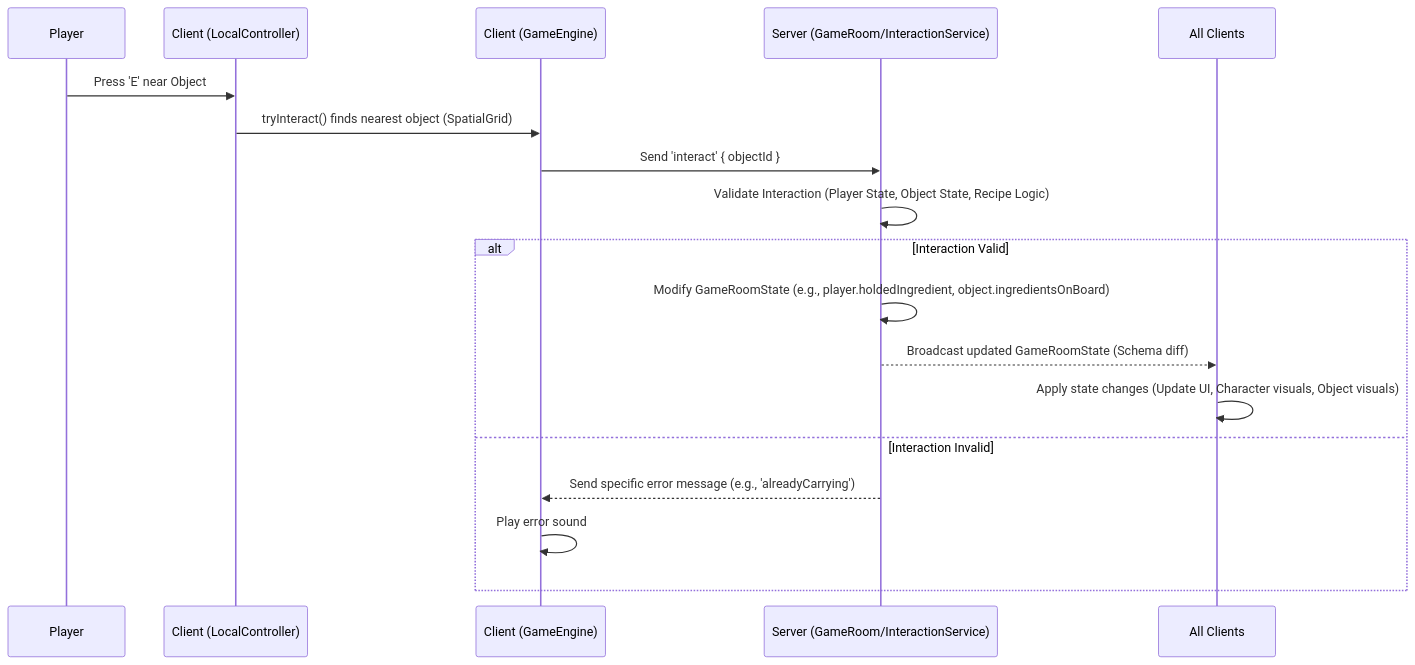
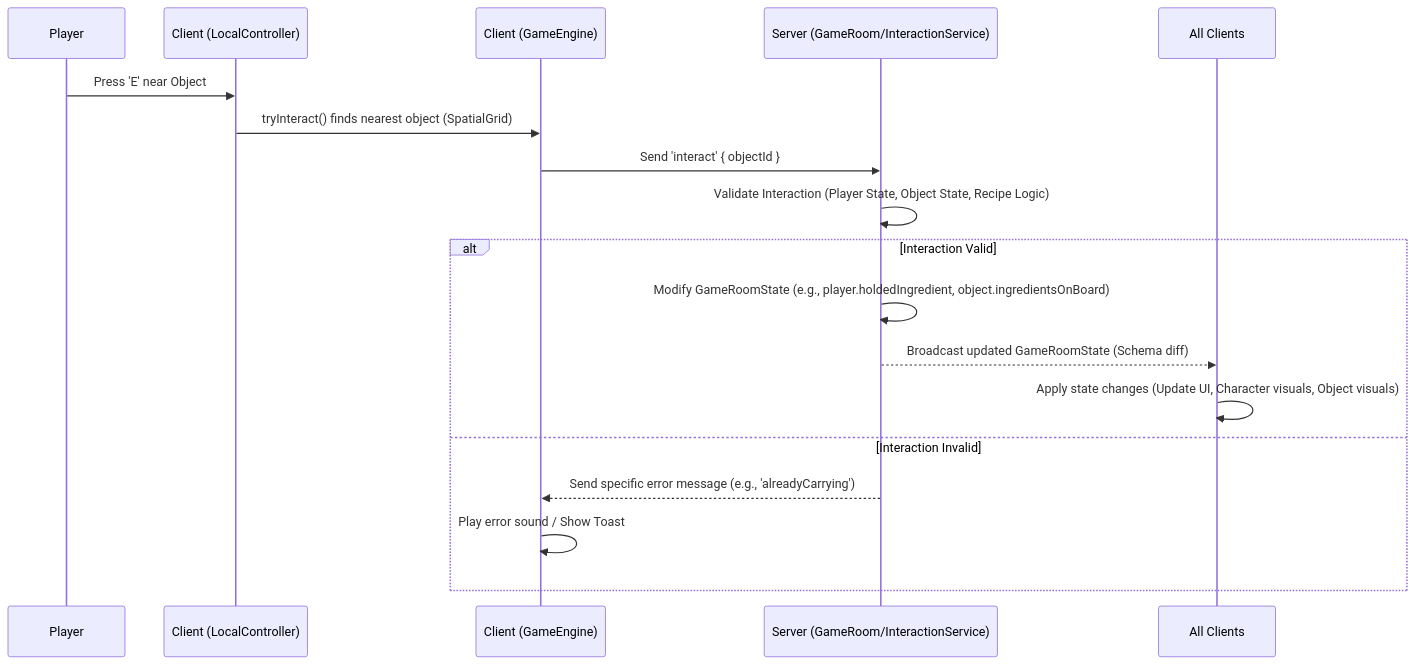
Before and after one commit to TriForMine/Delixia: the second of 3 diagrams in README.md, drawn with Mermaid. The commit also changed other lines of this file, not shown here.

````diff
--- a/README.md
+++ b/README.md
@@ -126,21 +138,21 @@
     ```mermaid
     sequenceDiagram
         participant Player
         participant Client (LocalController)
         participant Client (GameEngine)
         participant Server (GameRoom/InteractionService)
         participant All Clients
 
         Player->>Client (LocalController): Press 'E' near Object
         Client (LocalController)->>Client (GameEngine): tryInteract() finds nearest object (SpatialGrid)
         Client (GameEngine)->>Server (GameRoom/InteractionService): Send 'interact' { objectId }
         Server (GameRoom/InteractionService)->>Server (GameRoom/InteractionService): Validate Interaction (Player State, Object State, Recipe Logic)
         alt Interaction Valid
             Server (GameRoom/InteractionService)->>Server (GameRoom/InteractionService): Modify GameRoomState (e.g., player.holdedIngredient, object.ingredientsOnBoard)
             Server (GameRoom/InteractionService)-->>All Clients: Broadcast updated GameRoomState (Schema diff)
             All Clients->>All Clients: Apply state changes (Update UI, Character visuals, Object visuals)
         else Interaction Invalid
             Server (GameRoom/InteractionService)-->>Client (GameEngine): Send specific error message (e.g., 'alreadyCarrying')
-            Client (GameEngine)->>Client (GameEngine): Play error sound
+            Client (GameEngine)->>Client (GameEngine): Play error sound / Show Toast
         end
     ```
````
